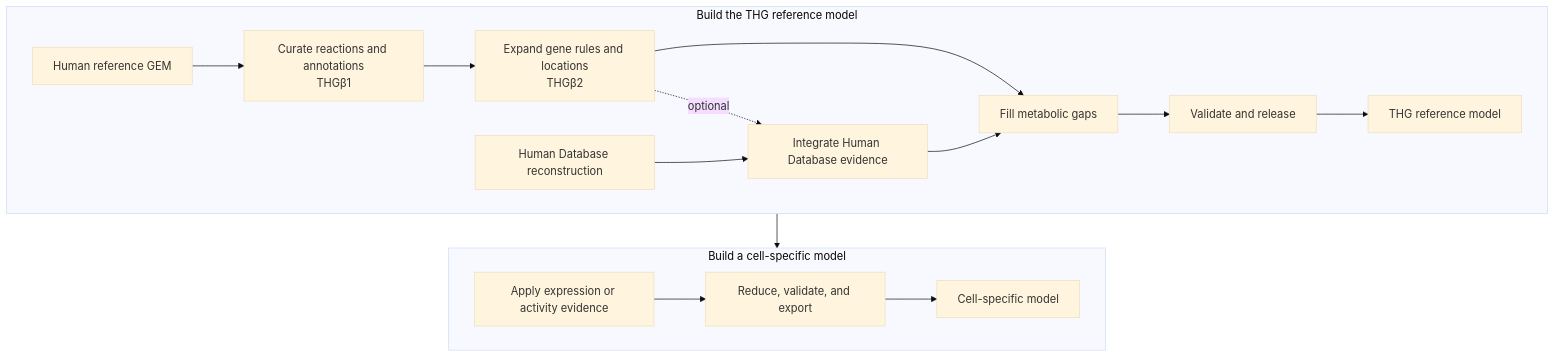
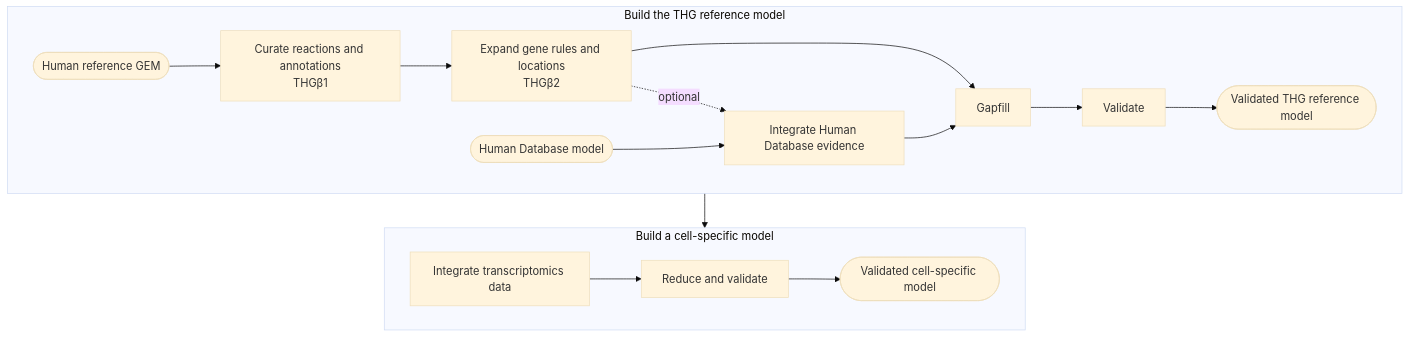
One commit to norle/THG_The-Human-GEM-protocol-standalone changed the diagram in docs/index.md. Above: the diagram before and after it, drawn with Mermaid (base theme). The commit also changed other lines of this file and 9 other files, not shown here.

````diff
--- a/docs/index.md
+++ b/docs/index.md
@@ -20,21 +20,21 @@
 ```mermaid
 flowchart TB
     subgraph reference[Build the THG reference model]
         direction LR
-        A[Human reference GEM] --> B[Curate reactions and annotations<br/>THGβ1]
+        A([Human reference GEM]) --> B[Curate reactions and annotations<br/>THGβ1]
         B --> C[Expand gene rules and locations<br/>THGβ2]
-        C --> F[Fill metabolic gaps]
+        C --> F[Gapfill]
         C -. optional .-> D[Integrate Human Database evidence]
-        E[Human Database reconstruction] --> D
+        E([Human Database model]) --> D
         D --> F
-        F --> G[Validate and release]
-        G --> H[THG reference model]
+        F --> G[Validate]
+        G --> H([Validated THG reference model])
     end
 
     subgraph context[Build a cell-specific model]
         direction LR
-        H --> I[Apply expression or activity evidence]
-        I --> J[Reduce, validate, and export]
-        J --> K[Cell-specific model]
+        H --> I[Integrate transcriptomics data]
+        I --> J[Reduce and validate]
+        J --> K([Validated cell-specific model])
     end
 ```
````
